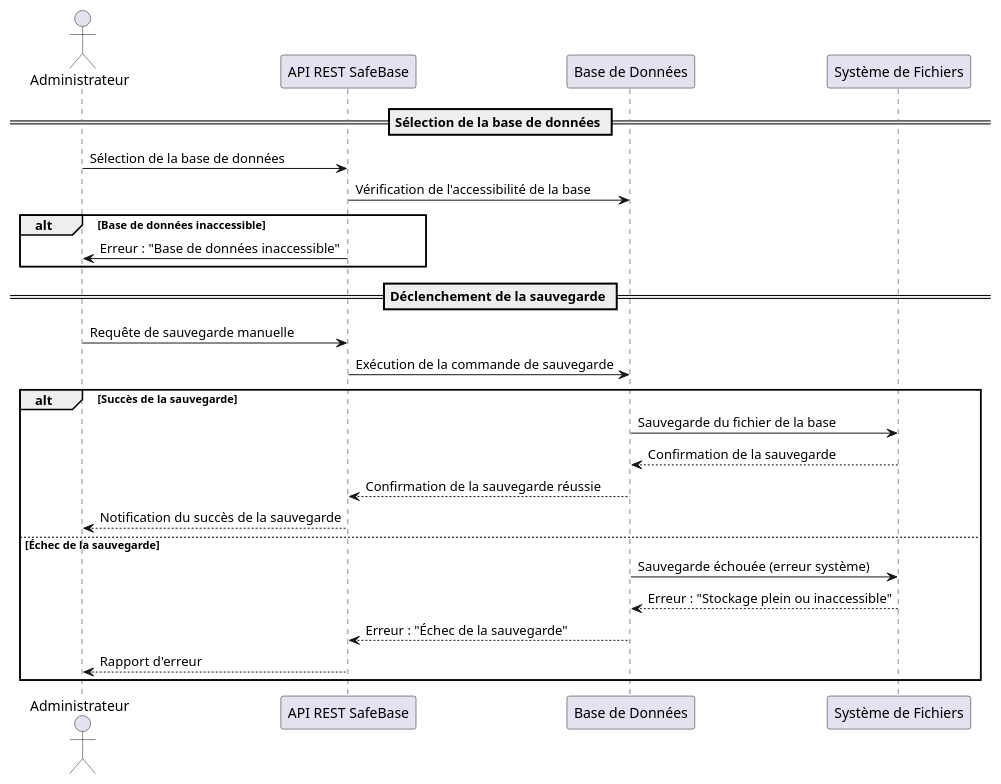
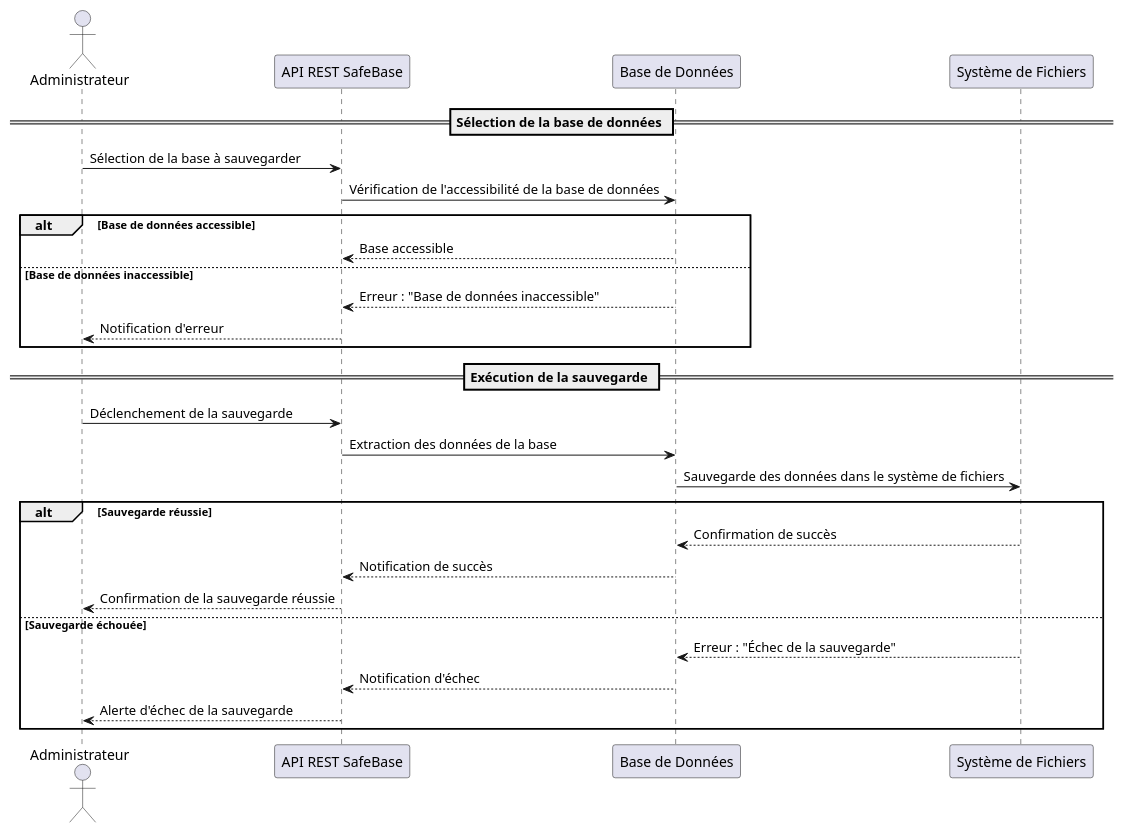
One commit to benoit-bremaud/plateforme-safebase changed the third of 12 diagrams in docs/uml/diagramme_sequence.md. Above: the diagram before and after it, drawn with PlantUML. The commit also changed other lines of this file, not shown here.

First line of the commit message:
docs(diagram-sequence): synthesize and finalize UML sequence diagrams

````diff
--- a/docs/uml/diagramme_sequence.md
+++ b/docs/uml/diagramme_sequence.md
@@ -200,36 +155,34 @@
 ```plantuml
 @startuml
 actor "Administrateur" as Admin
 participant "API REST SafeBase" as API
 participant "Base de Données" as DB
 participant "Système de Fichiers" as FS
 
 == Sélection de la base de données ==
-Admin -> API : Sélection de la base de données
-API -> DB : Vérification de l'accessibilité de la base
+Admin -> API : Sélection de la base à sauvegarder
+API -> DB : Vérification de l'accessibilité de la base de données
 
-alt Base de données inaccessible
-  API -> Admin : Erreur : "Base de données inaccessible"
+alt Base de données accessible
+    DB --> API : Base accessible
+else Base de données inaccessible
+    DB --> API : Erreur : "Base de données inaccessible"
+    API --> Admin : Notification d'erreur
 end alt
 
-== Déclenchement de la sauvegarde ==
-Admin -> API : Requête de sauvegarde manuelle
-API -> DB : Exécution de la commande de sauvegarde
+== Exécution de la sauvegarde ==
+Admin -> API : Déclenchement de la sauvegarde
+API -> DB : Extraction des données de la base
+DB -> FS : Sauvegarde des données dans le système de fichiers
 
-alt Succès de la sauvegarde
-    box "Processus de sauvegarde"
-      DB -> FS : Sauvegarde du fichier de la base
-      FS --> DB : Confirmation de la sauvegarde
-      DB --> API : Confirmation de la sauvegarde réussie
-      API --> Admin : Notification du succès de la sauvegarde
-    end box
-else Échec de la sauvegarde
-    box "Tentative de sauvegarde échouée"
-      DB -> FS : Sauvegarde échouée (erreur système)
-      FS --> DB : Erreur : "Stockage plein ou inaccessible"
-      DB --> API : Erreur : "Échec de la sauvegarde"
-      API --> Admin : Rapport d'erreur
-    end box
+alt Sauvegarde réussie
+    FS --> DB : Confirmation de succès
+    DB --> API : Notification de succès
+    API --> Admin : Confirmation de la sauvegarde réussie
+else Sauvegarde échouée
+    FS --> DB : Erreur : "Échec de la sauvegarde"
+    DB --> API : Notification d'échec
+    API --> Admin : Alerte d'échec de la sauvegarde
 end alt
 @enduml
 ```
````
